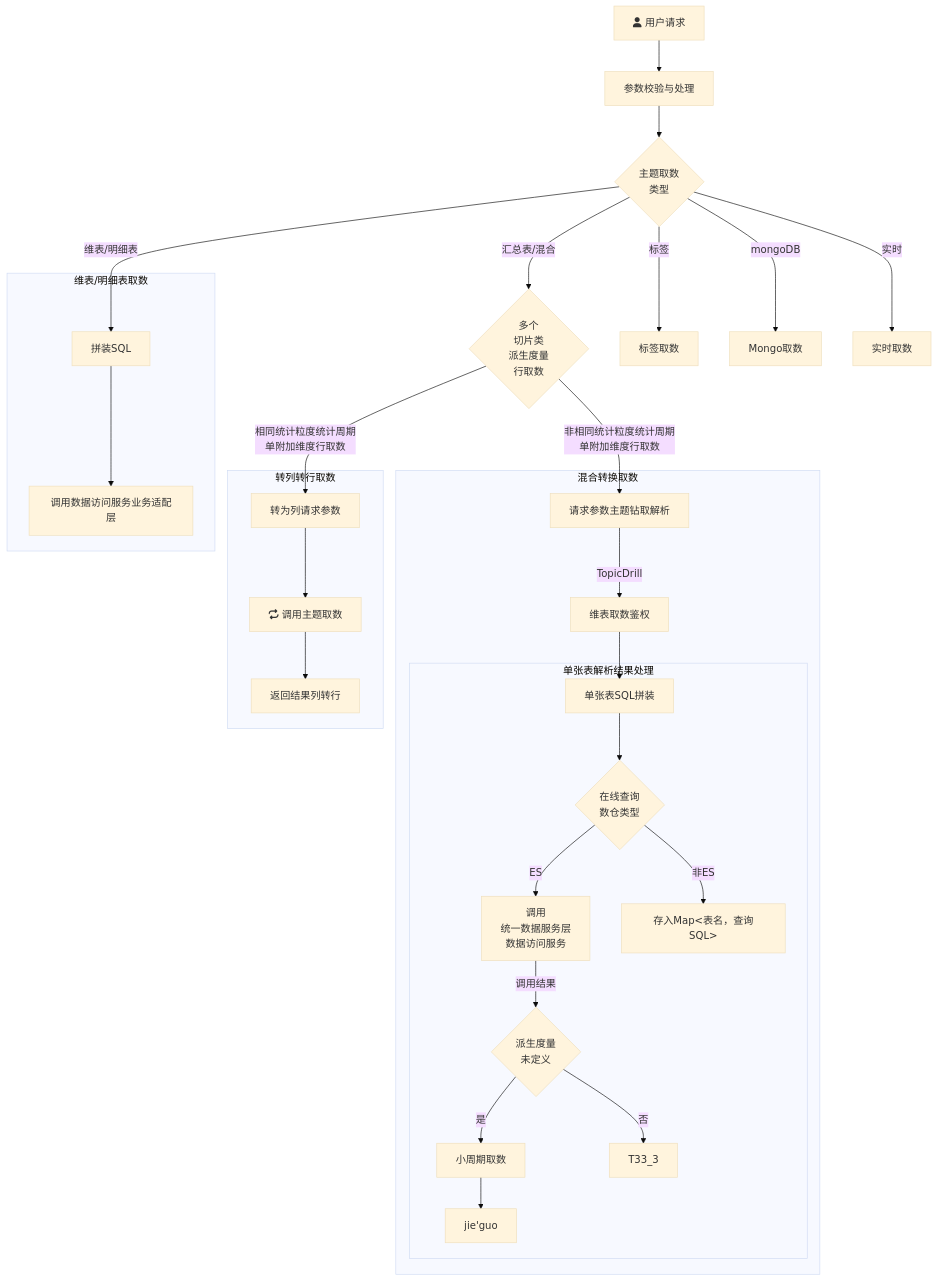
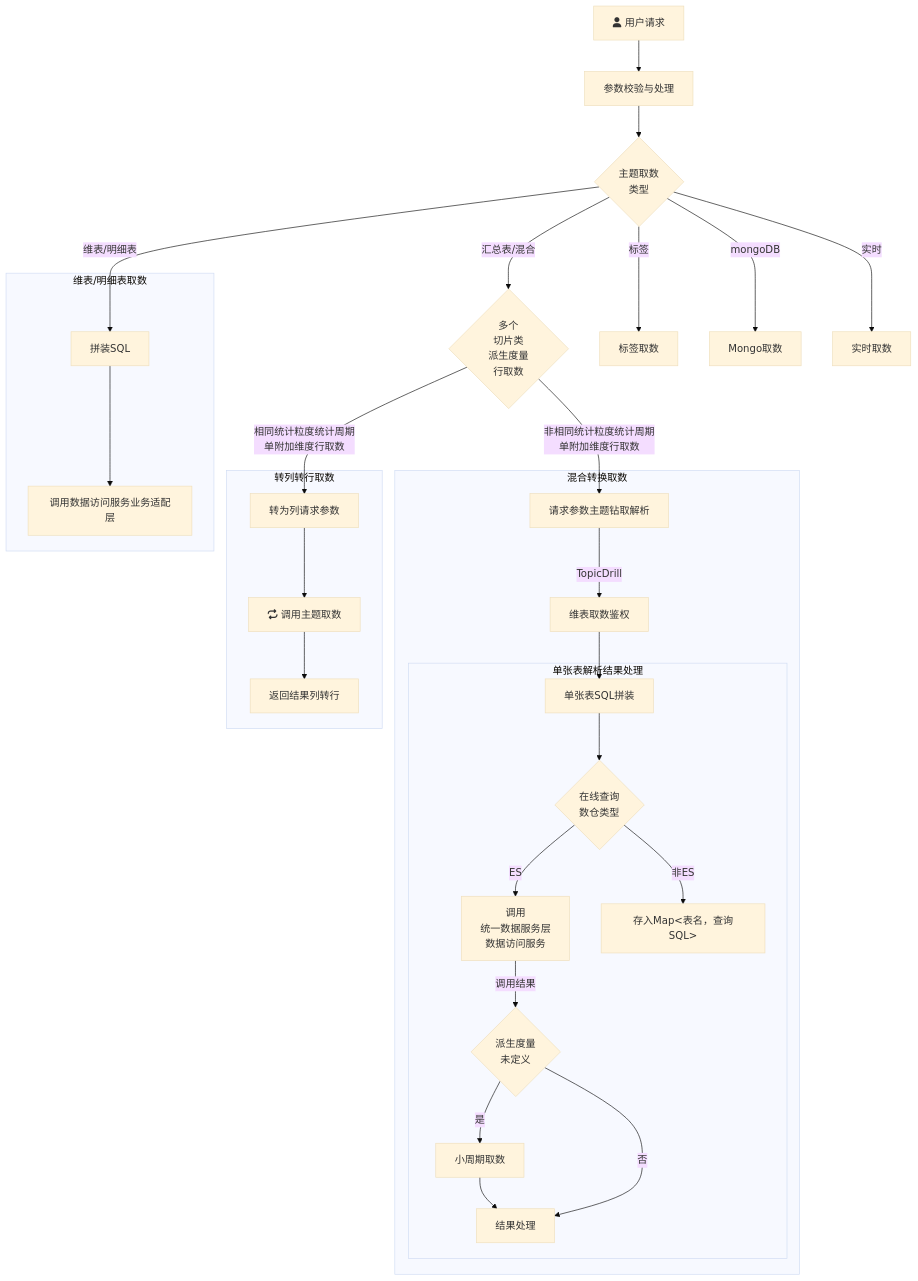
One commit to yanglosm/iodraw-files changed the diagram in all/未命名.md. Above: the diagram before and after it, drawn with Mermaid (base theme).

Commit message:
2024-11-29 19:09:55 update

````diff
--- a/all/未命名.md
+++ b/all/未命名.md
@@ -1,26 +1,26 @@
 ```mermaid
 flowchart TD
     A[fa:fa-user 用户请求] -->A1[参数校验与处理] --> B{主题取数\n类型}
     B -->|维表/明细表| D[拼装SQL]
     B -->|汇总表/混合| E{多个\n切片类\n派生度量\n行取数}
     B -->|标签| F[标签取数]
     B -->|mongoDB| G[Mongo取数]
     B -->|实时| H[实时取数]
     E -->|相同统计粒度统计周期\n单附加维度行取数| E1[转为列请求参数]
     E -->|非相同统计粒度统计周期\n单附加维度行取数| T1[请求参数主题钻取解析]
     subgraph 维表/明细表取数
     D-->D1[调用数据访问服务业务适配层]
     end
     subgraph 转列转行取数
     E1-->E11[fa:fa-repeat 调用主题取数]-->E12[返回结果列转行]
     end
     subgraph 混合转换取数
     T1-->|TopicDrill| T2[维表取数鉴权] --> T31[单张表SQL拼装]
         subgraph 单张表解析结果处理
         T31 --> T4{在线查询\n数仓类型}-->|ES|T32[调用\n统一数据服务层\n数据访问服务] --> |调用结果|T33{派生度量\n未定义}
-        T33 --> |是|T33_1[小周期取数]-->T34[jie'guo]
-        T33 --> |否|T33_3
+        T33 --> |是|T33_1[小周期取数]-->T34[结果处理]
+        T33 --> |否|T34
         T4 --> |非ES|T41["存入Map<表名，查询SQL>"]
         end
     end
 ```
````
